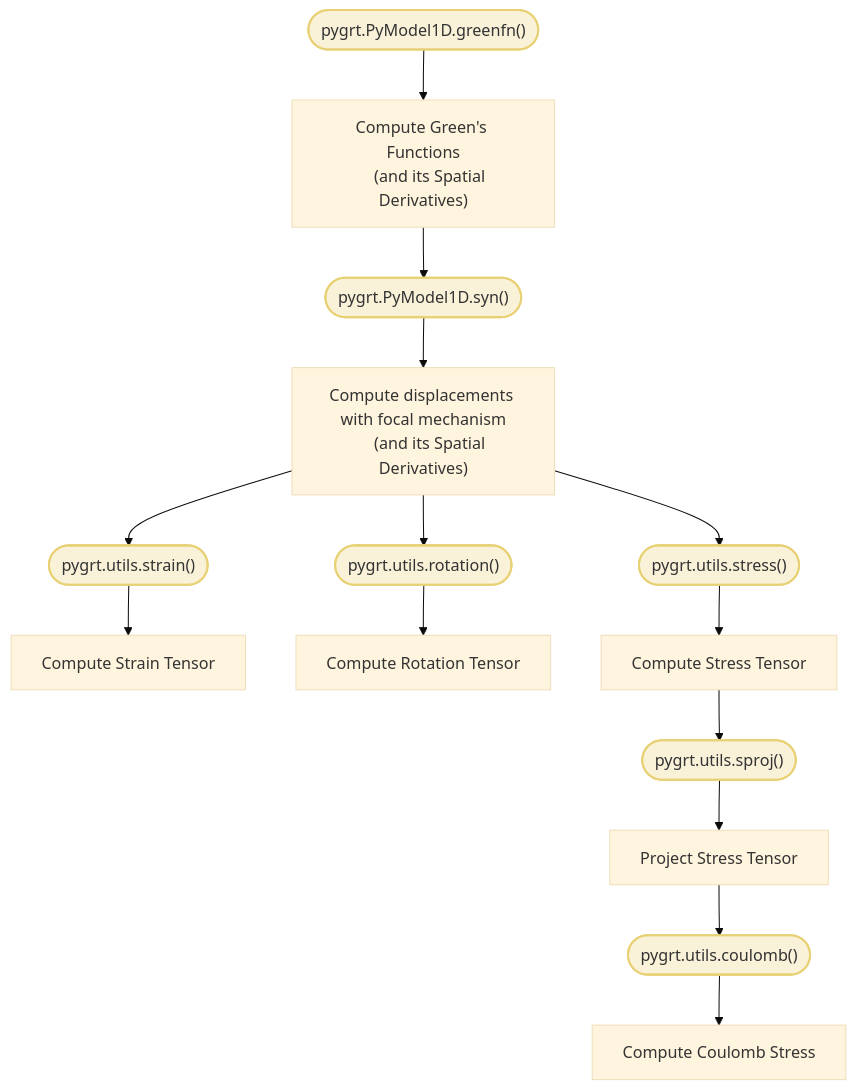
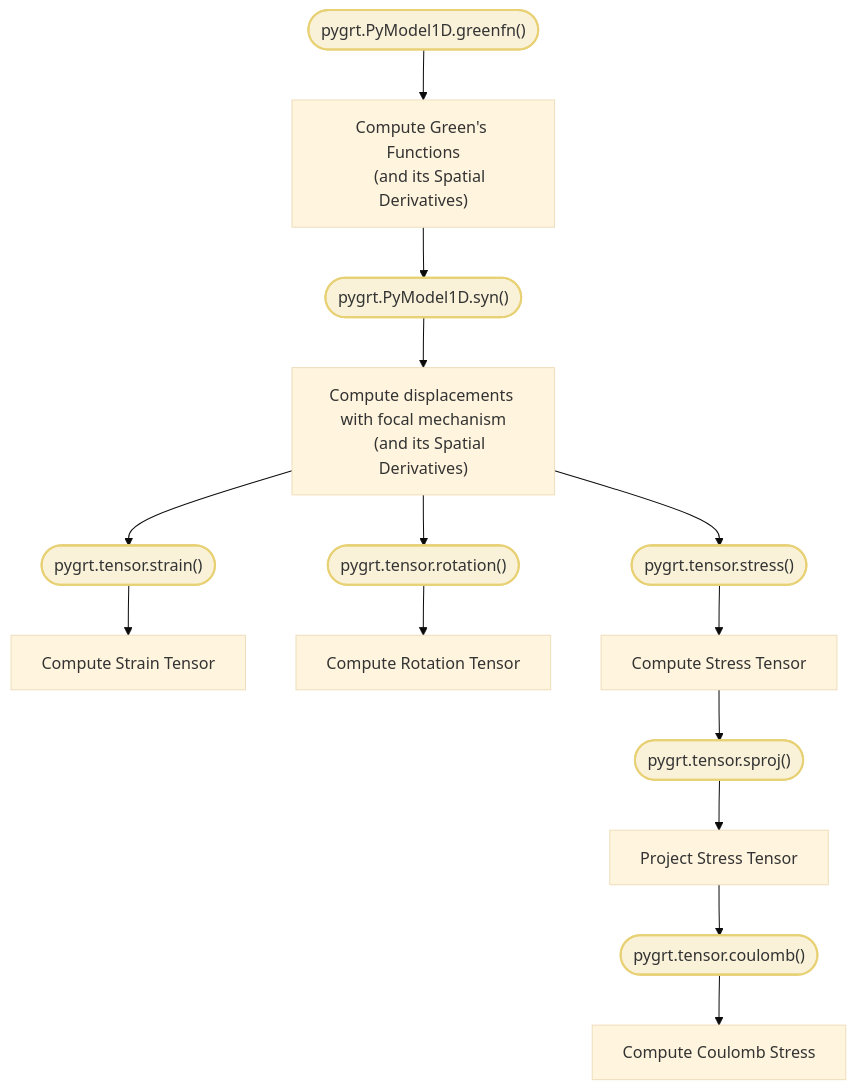
The first of 2 diagrams in docs/source/Tutorial/dynamic/index.rst (Dengda98/PyGRT), drawn with Mermaid (base theme) before and after one commit. The commit also changed 80 other files, not shown here.

```diff
--- a/docs/source/Tutorial/dynamic/index.rst
+++ b/docs/source/Tutorial/dynamic/index.rst
@@ -11,32 +11,32 @@
 .. mermaid::
 
     flowchart TB 
 
         GG(["pygrt.PyModel1D.greenfn()"])
         SS(["pygrt.PyModel1D.syn()"])
-        EE(["pygrt.utils.strain()"])
-        RR(["pygrt.utils.rotation()"])
-        TT(["pygrt.utils.stress()"])
-        SP(["pygrt.utils.sproj()"])
-        CO(["pygrt.utils.coulomb()"])
+        EE(["pygrt.tensor.strain()"])
+        RR(["pygrt.tensor.rotation()"])
+        TT(["pygrt.tensor.stress()"])
+        SP(["pygrt.tensor.sproj()"])
+        CO(["pygrt.tensor.coulomb()"])
 
         G["Compute Green's Functions
         (and its Spatial Derivatives)"]
         S["Compute displacements with focal mechanism
         (and its Spatial Derivatives)"]
         E["Compute Strain Tensor"]
         R["Compute Rotation Tensor"]
         T["Compute Stress Tensor"]
         P["Project Stress Tensor"]
         C["Compute Coulomb Stress"]
 
         GG --> G
         G --> SS --> S
         S --> EE --> E
         S --> RR --> R
         S --> TT --> T
         T --> SP --> P
         P --> CO --> C
         
         classDef cmdcls fill:#f9f2d9,stroke:#e8d174,stroke-width:2px,color:#333;
         class GG,SS,EE,RR,TT,SP,CO cmdcls
```
